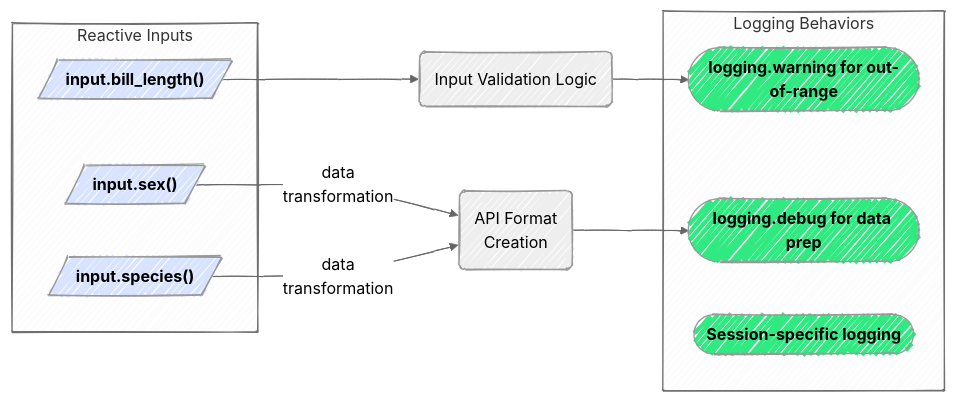
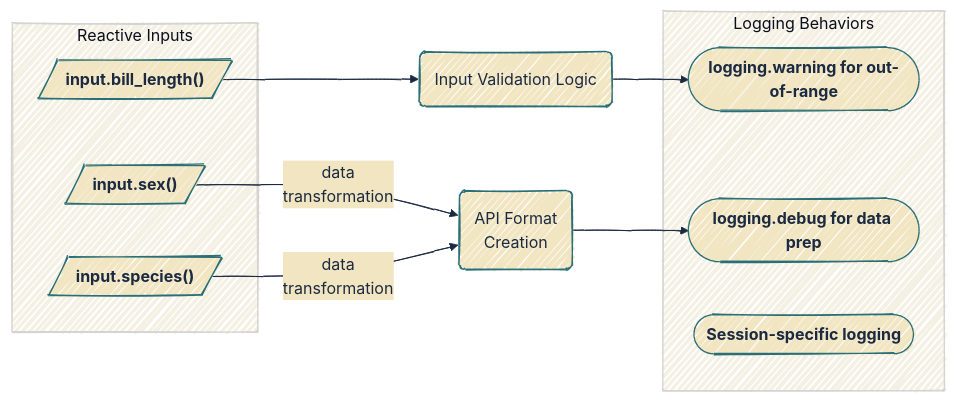
Before and after one commit to mjfrigaard/do4ds-labs: the fifth of 15 diagrams in app-log-py.qmd, drawn with Mermaid. The commit also changed other lines of this file and 88 other files, not shown here.

````diff
--- a/app-log-py.qmd
+++ b/app-log-py.qmd
@@ -493,37 +485,31 @@
 ```{mermaid}
 %%| fig-cap: 'Reactive Inputs'
 %%| fig-width: 7.0
 %%| fig-align: center
-%%{init: {'theme': 'neutral', 'look': 'handDrawn', 'themeVariables': { 'fontFamily': 'monospace'}}}%%
+%%{init: {'theme': 'base', 'look': 'handDrawn', 'themeVariables': { 'fontFamily': 'monospace', 'primaryColor': '#F2E6C2', 'primaryBorderColor': '#2A6F77', 'primaryTextColor': '#1B2A41', 'secondaryColor': '#d4e7e4', 'tertiaryColor': '#f5f0e4', 'lineColor': '#1B2A41', 'edgeLabelBackground': '#F2E6C2'}}}%%
 
 graph LR
     subgraph Inputs["Reactive Inputs"]
         InputBillLength[/"<strong>input.bill_length()</strong>"/]
         InputSex[/"<strong>input.sex()</strong>"/]
         InputSpecies[/"<strong>input.species()</strong>"/]
     end
 
         
     Validation("Input Validation Logic")
     APIFormat("API Format<br>Creation")
     
     subgraph "Logging Behaviors"
         ValidationLog(["<strong>logging.warning for out-of-range</strong>"])
         DebugLog(["<strong>logging.debug for data prep</strong>"])
         SessionLog(["<strong>Session-specific logging</strong>"])
     end
     
     InputBillLength --> Validation
     InputSex & InputSpecies --"data<br>transformation"--> APIFormat
     Validation --> ValidationLog
     APIFormat --> DebugLog
 
-	style InputBillLength fill:#d8e4ff
-	style InputSex fill:#d8e4ff
-	style InputSpecies fill:#d8e4ff
 
-	style ValidationLog fill:#31e981
-	style DebugLog fill:#31e981
-	style SessionLog fill:#31e981
 
 ```
````
